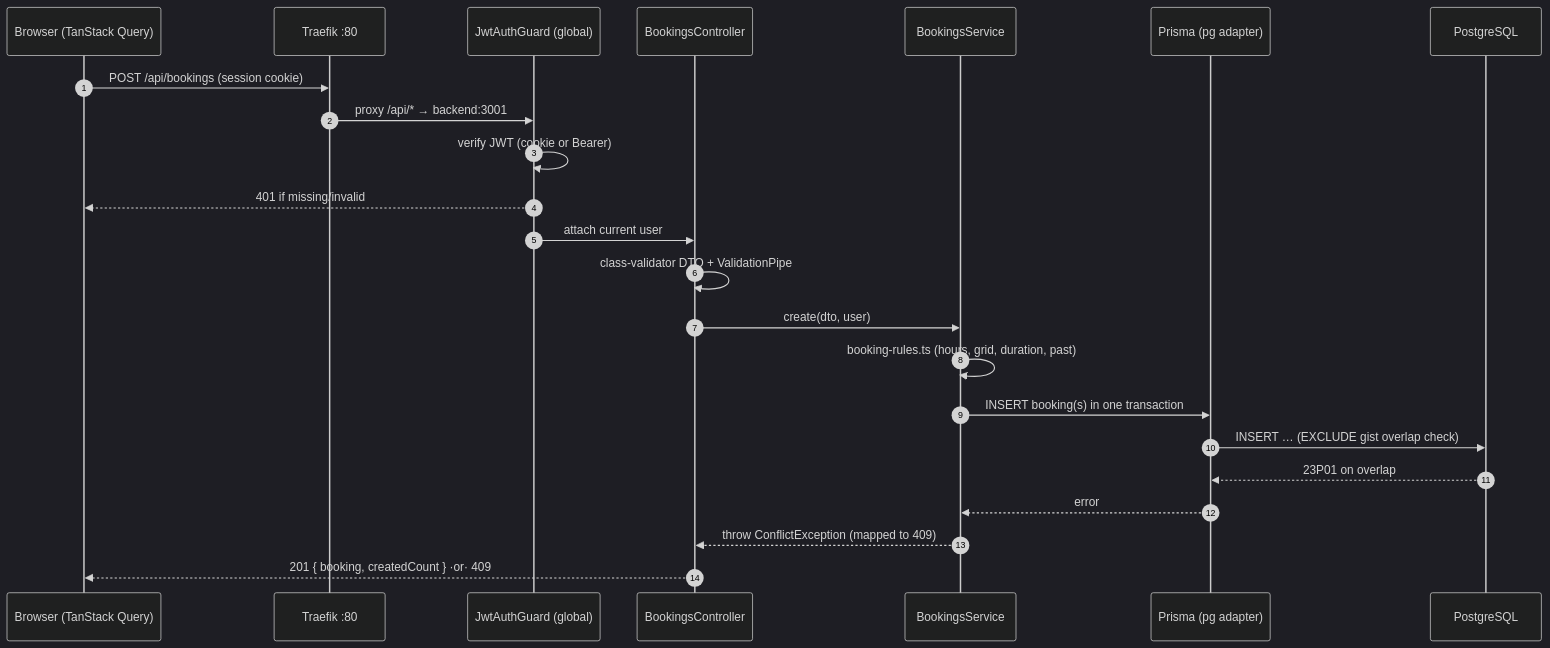
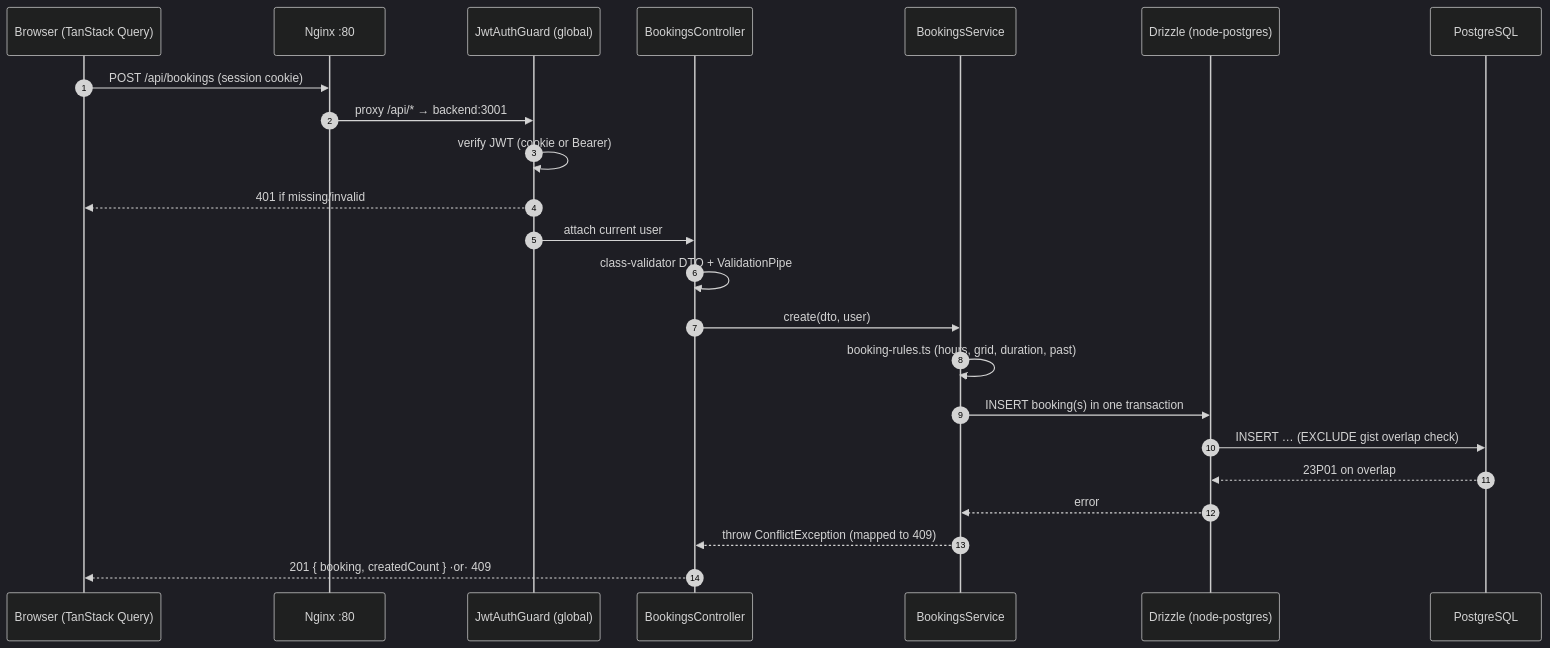
The third of 5 diagrams in docs/Architecture.md (dmytronedilko/meeting-room-booking), drawn with Mermaid (dark theme) before and after one commit. The commit also changed other lines of this file and 55 other files, not shown here.

First line of the commit message:
refactor(backend): migrate from Prisma 7 to Drizzle ORM

````diff
--- a/docs/Architecture.md
+++ b/docs/Architecture.md
@@ -86,26 +82,26 @@
 ```mermaid
 sequenceDiagram
     autonumber
     participant B as Browser (TanStack Query)
-    participant T as Traefik :80
+    participant T as Nginx :80
     participant G as JwtAuthGuard (global)
     participant C as BookingsController
     participant S as BookingsService
-    participant P as Prisma (pg adapter)
+    participant P as Drizzle (node-postgres)
     participant D as PostgreSQL
 
     B->>T: POST /api/bookings  (session cookie)
     T->>G: proxy /api/* → backend:3001
     G->>G: verify JWT (cookie or Bearer)
     G-->>B: 401 if missing/invalid
     G->>C: attach current user
     C->>C: class-validator DTO + ValidationPipe
     C->>S: create(dto, user)
     S->>S: booking-rules.ts (hours, grid, duration, past)
     S->>P: INSERT booking(s) in one transaction
     P->>D: INSERT … (EXCLUDE gist overlap check)
     D-->>P: 23P01 on overlap
     P-->>S: error
     S-->>C: throw ConflictException (mapped to 409)
     C-->>B: 201 { booking, createdCount }  ·or·  409
 ```
````
